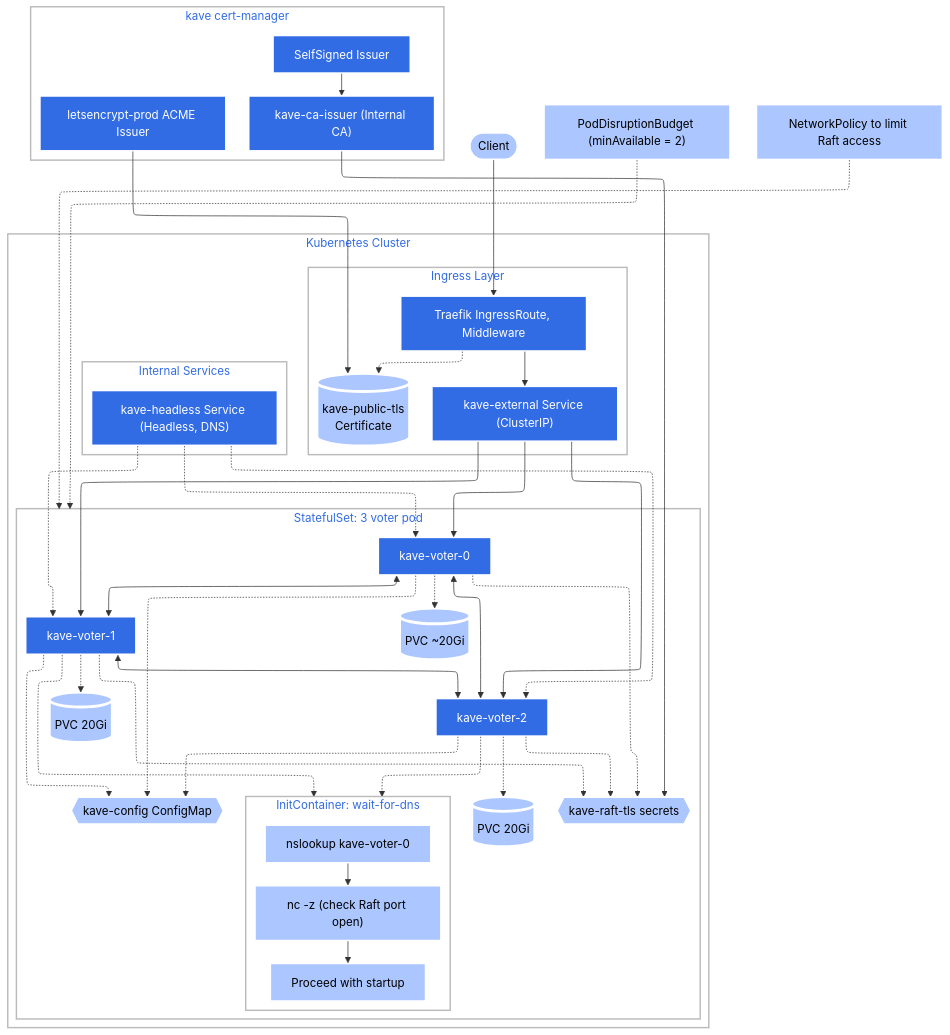
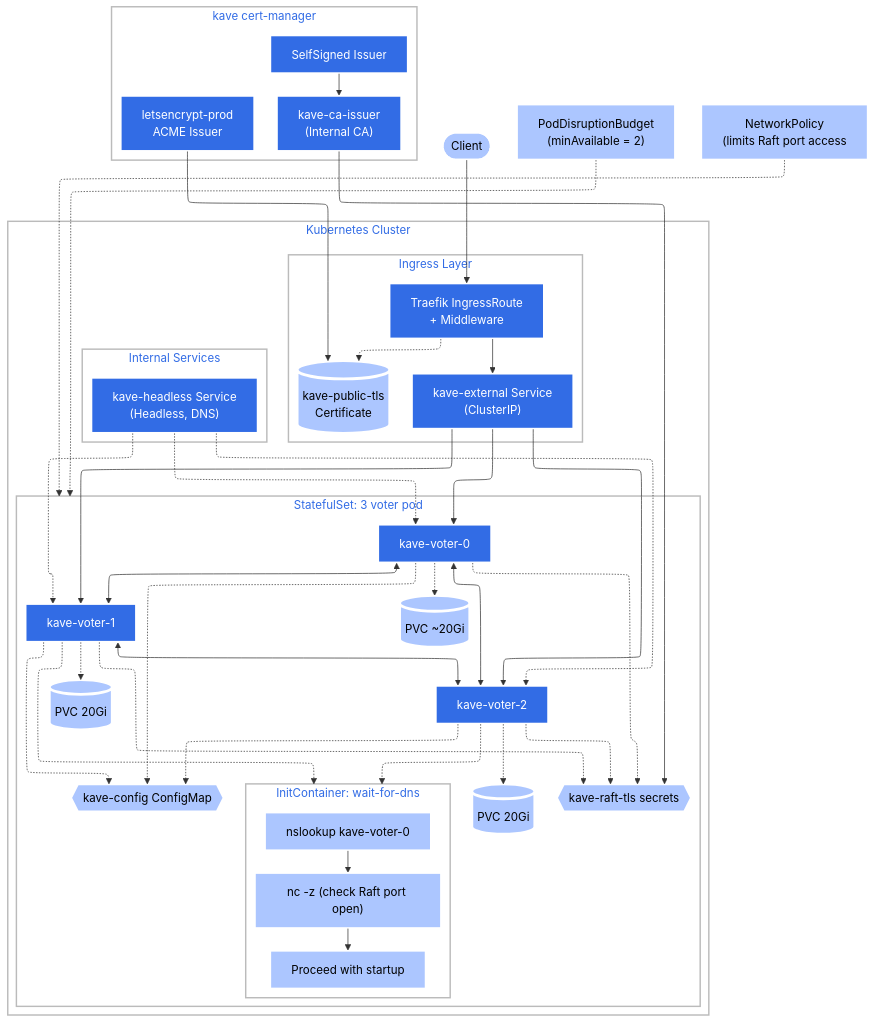
Before and after one commit to balits/kave: the diagram in docs/diagrams/k8s-cluster.mmd, drawn with Mermaid. The commit also changed 6 other files, not shown here.

```diff
--- a/docs/diagrams/k8s-cluster.mmd
+++ b/docs/diagrams/k8s-cluster.mmd
@@ -1,86 +1,83 @@
 ---
 config:
   layout: elk
 ---
 flowchart TB
     client([Client]):::plain --> ingress
 
     subgraph k8s_cluster["Kubernetes Cluster"]
         direction TB
 
         subgraph ingress_layer["Ingress Layer"]
-            ingress[Traefik IngressRoute, Middleware]:::k8s
-            pub_cert[(kave-public-tls\nCertificate)]:::plain
+            ingress[Traefik IngressRoute\n+ Middleware]:::k8s
+            pub_cert[(kave-public-tls<br/>Certificate)]:::plain
             ingress --> ext_svc
             ingress -.-> pub_cert
         end
 
         subgraph services["Internal Services"]
-            ext_svc["kave-external Service (ClusterIP)"]:::k8s
-            headless_svc["kave-headless Service (Headless, DNS)"]:::k8s
+            ext_svc["kave-external Service<br/>(ClusterIP)"]:::k8s
+            headless_svc["kave-headless Service<br/>(Headless, DNS)"]:::k8s
         end
 
-        subgraph statefulset["StatefulSet:  3 voter pod"]
+        subgraph statefulset["StatefulSet: 3 voter pod"]
             direction LR
             p1["kave-voter-0"]:::k8s
             p2["kave-voter-1"]:::k8s
             p3["kave-voter-2"]:::k8s
 
-            
             p1 <--> p2
             p2 <--> p3
             p1 <--> p3
 
            
             p1 -.-> pvc0[(PVC ~20Gi)]:::plain
             p2 -.-> pvc1[(PVC 20Gi)]:::plain
             p3 -.-> pvc2[(PVC 20Gi)]:::plain
 
             p1 -.-> cfg{{kave-config ConfigMap}}:::plain
             p2 -.-> cfg
             p3 -.-> cfg
 
             p1 -.-> raft_tls{{kave-raft-tls secrets}}:::plain
             p2 -.-> raft_tls
             p3 -.-> raft_tls
 
             
             subgraph init_flow["InitContainer: wait-for-dns"]
                direction TB
                check_dns["nslookup kave-voter-0"]:::plain
                check_tcp["nc -z (check Raft port open)"]:::plain
                proceed["Proceed with startup"]:::plain
                check_dns --> check_tcp --> proceed
             end
            
             p2 -.-> init_flow
             p3 -.-> init_flow
         end
 
-        %% Internal connectivity
         ext_svc --> p1 & p2 & p3
         headless_svc -.-> p1 & p2 & p3
     end
 
     subgraph cert_infra["kave cert-manager"]
         direction TB
         issuer_self["SelfSigned Issuer"]:::k8s
-        issuer_ca["kave-ca-issuer (Internal CA)"]:::k8s
-        issuer_letsencrypt["letsencrypt-prod ACME Issuer"]:::k8s
+        issuer_ca["kave-ca-issuer<br/>(Internal CA)"]:::k8s
+        issuer_letsencrypt["letsencrypt-prod<br/>ACME Issuer"]:::k8s
         issuer_self --> issuer_ca
         issuer_ca --> raft_tls
         issuer_letsencrypt --> pub_cert
     end
-
   
-    pdb["PodDisruptionBudget (minAvailable = 2)"]:::plain
-    netpol["NetworkPolicy to limit Raft access"]:::plain
+    pdb["PodDisruptionBudget<br/>(minAvailable = 2)"]:::plain
+    netpol["NetworkPolicy <br/>(limits Raft port access"]:::plain
     pdb -.-> statefulset
     netpol -.-> statefulset
 
     classDef plain fill:#acc6ff,stroke:#fff,stroke-width:4px,color:#000;
     classDef k8s fill:#326ce5,stroke:#fff,stroke-width:4px,color:#fff;
     classDef cluster fill:#fff,stroke:#bbb,stroke-width:2px,color:#326ce5;
     class client plain;
     class ingress,ext_svc,headless_svc,p1,p2,p3,issuer_self,issuer_ca,issuer_letsencrypt k8s;
     class k8s_cluster,ingress_layer,services,statefulset,cert_infra cluster;
```
